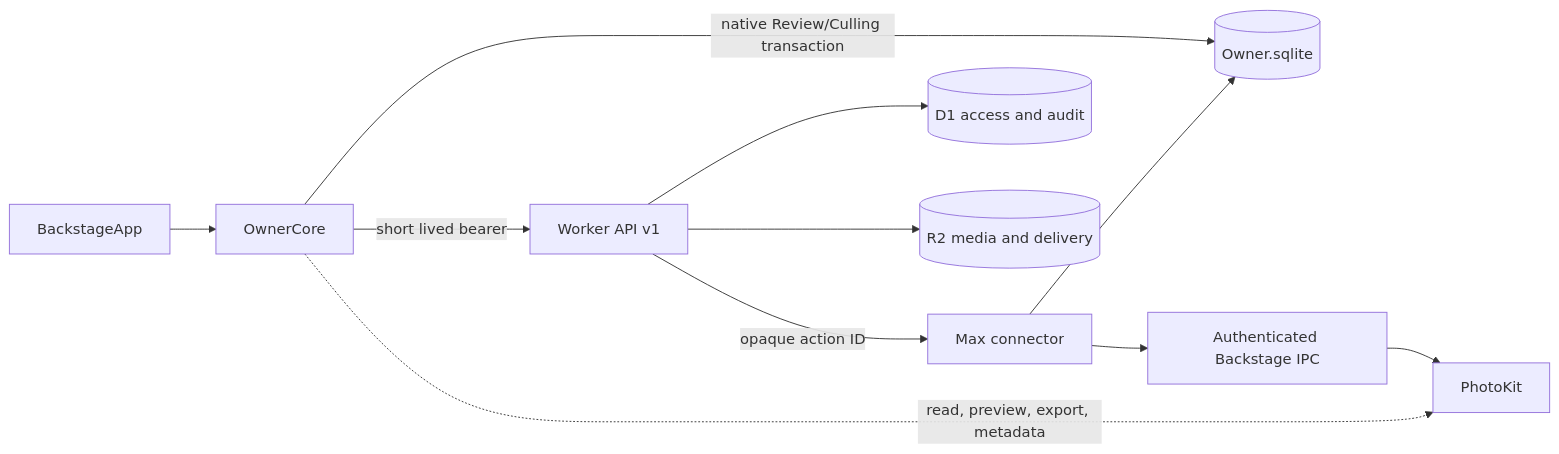
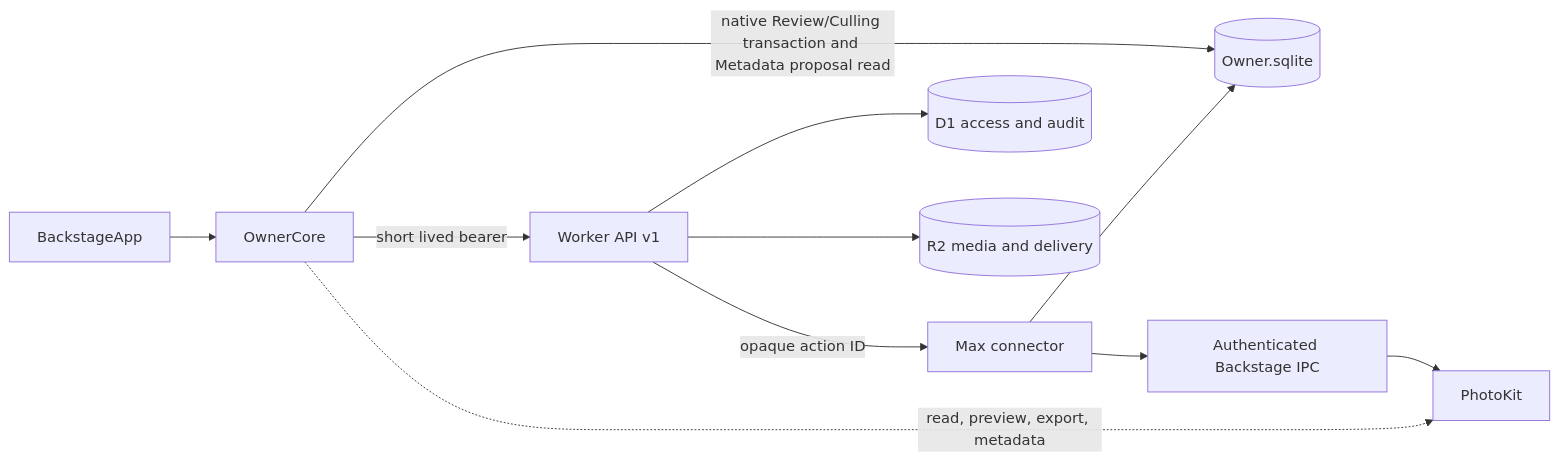
Before and after one commit to ec92009/PhotosByElie: the diagram in docs/architecture/backstage-native.md, drawn with Mermaid. The commit also changed other lines of this file and 9 other files, not shown here.

Commit message:
photosbyelie: read metadata proposals from sqlite

````diff
--- a/docs/architecture/backstage-native.md
+++ b/docs/architecture/backstage-native.md
@@ -120,13 +122,13 @@
 ```mermaid
 flowchart LR
   UI["BackstageApp"] --> Core["OwnerCore"]
-  Core -->|native Review/Culling transaction| DB[("Owner.sqlite")]
+  Core -->|native Review/Culling transaction and Metadata proposal read| DB[("Owner.sqlite")]
   Core -->|short lived bearer| Worker["Worker API v1"]
   Worker -->|opaque action ID| Connector["Max connector"]
   Connector --> DB[("Owner.sqlite")]
   Connector --> BackstageIPC["Authenticated Backstage IPC"]
   BackstageIPC --> PhotoKit["PhotoKit"]
   Worker --> D1[("D1 access and audit")]
   Worker --> R2[("R2 media and delivery")]
   Core -. read, preview, export, metadata .-> PhotoKit
 ```
````
